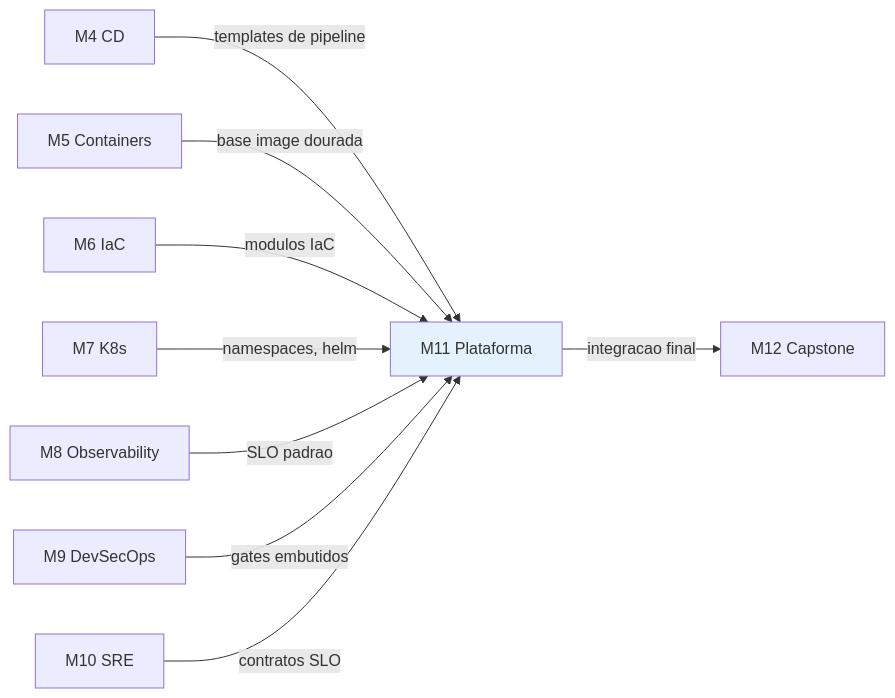
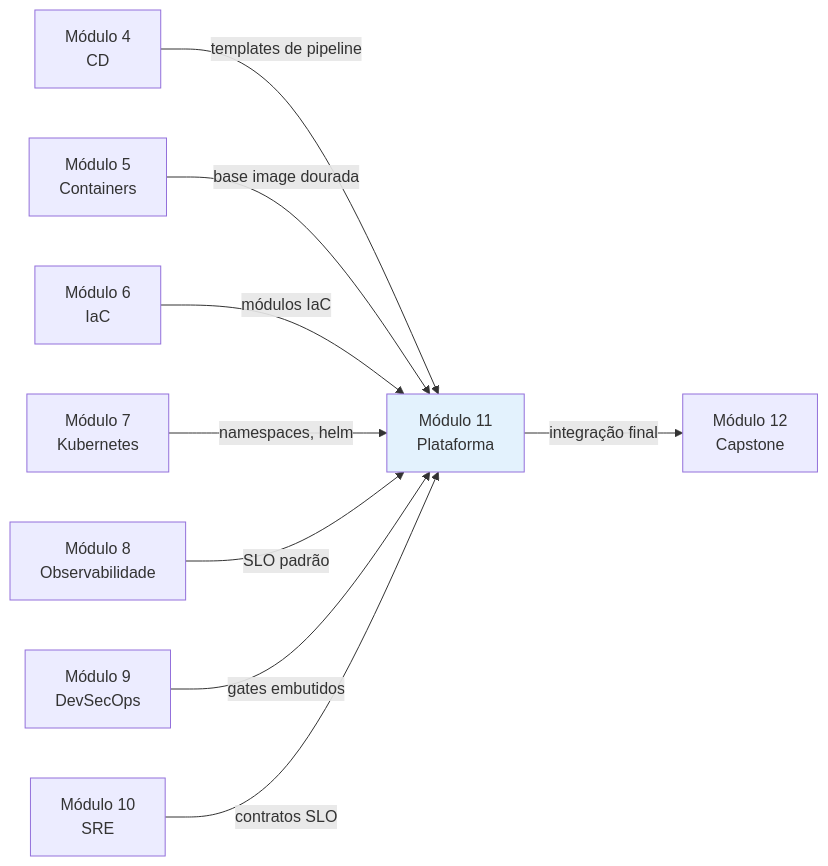
One commit to josinoif/aulas_ads changed the diagram in devops/11-plataforma-interna/README.md. Above: the diagram before and after it, drawn with Mermaid. The commit also changed 4 other files, not shown here.

````diff
--- a/devops/11-plataforma-interna/README.md
+++ b/devops/11-plataforma-interna/README.md
@@ -99,13 +99,13 @@
 ```mermaid
 flowchart LR
-    M4[M4 CD] -->|templates de pipeline| M11
-    M5[M5 Containers] -->|base image dourada| M11
-    M6[M6 IaC] -->|modulos IaC| M11
-    M7[M7 K8s] -->|namespaces, helm| M11
-    M8[M8 Observability] -->|SLO padrao| M11
-    M9[M9 DevSecOps] -->|gates embutidos| M11
-    M10[M10 SRE] -->|contratos SLO| M11
-    M11[M11 Plataforma] -->|integracao final| M12[M12 Capstone]
+    M4[Módulo 4<br/>CD] -->|templates de pipeline| M11
+    M5[Módulo 5<br/>Containers] -->|base image dourada| M11
+    M6[Módulo 6<br/>IaC] -->|módulos IaC| M11
+    M7[Módulo 7<br/>Kubernetes] -->|namespaces, helm| M11
+    M8[Módulo 8<br/>Observabilidade] -->|SLO padrão| M11
+    M9[Módulo 9<br/>DevSecOps] -->|gates embutidos| M11
+    M10[Módulo 10<br/>SRE] -->|contratos SLO| M11
+    M11[Módulo 11<br/>Plataforma] -->|integração final| M12[Módulo 12<br/>Capstone]
 
     style M11 fill:#e3f2fd
 ```
````
